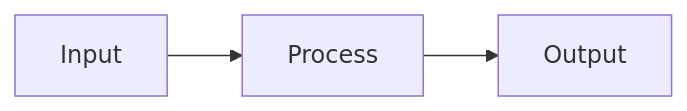
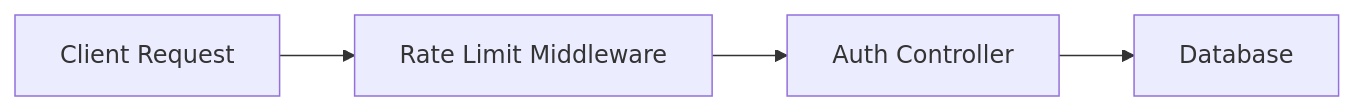
The diagram in plans/SPEC_TEMPLATE.md (minhgv/agy-kit), drawn with Mermaid before and after one commit. The commit also changed other lines of this file and 10 other files, not shown here.

````diff
--- a/plans/SPEC_TEMPLATE.md
+++ b/plans/SPEC_TEMPLATE.md
@@ -22,5 +30,6 @@
 ```mermaid
 graph LR
-    A[Input] --> B[Process]
-    B --> C[Output]
+    A[Client Request] --> B[Rate Limit Middleware]
+    B --> C[Auth Controller]
+    C --> D[Database]
 ```
````
